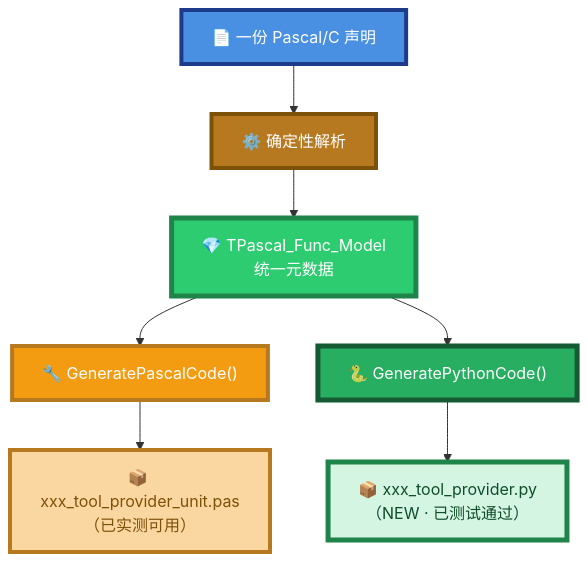
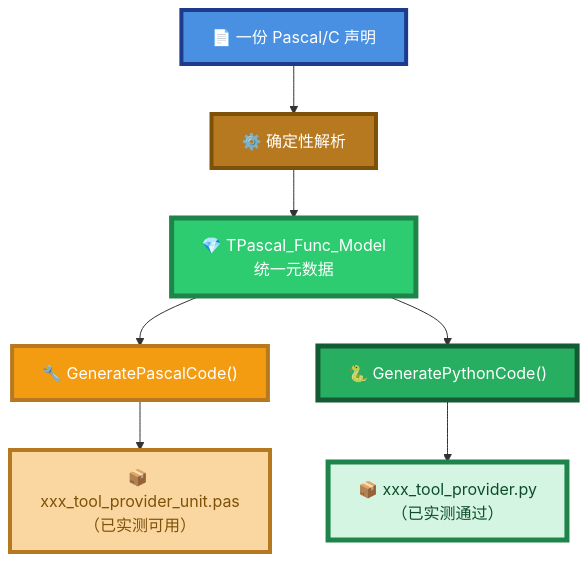
One commit to PassByYou888/LingoFuse-pasAgent-v3 changed the third of 46 diagrams in code_generate_mcp.md. Above: the diagram before and after it, drawn with Mermaid. The commit also changed other lines of this file, not shown here.

````diff
--- a/code_generate_mcp.md
+++ b/code_generate_mcp.md
@@ -77,19 +113,19 @@
 ```mermaid
 flowchart TB
     Decl["📄 一份 Pascal/C 声明"] --> Parse["⚙️ 确定性解析"]
     Parse --> Model["💎 TPascal_Func_Model<br/>统一元数据"]
 
     Model --> GenPas["🔧 GeneratePascalCode()"]
     Model --> GenPy["🐍 GeneratePythonCode()"]
 
     GenPas --> PasOut["📦 xxx_tool_provider_unit.pas<br/>（已实测可用）"]
-    GenPy --> PyOut["📦 xxx_tool_provider.py<br/>（NEW · 已测试通过）"]
+    GenPy --> PyOut["📦 xxx_tool_provider.py<br/>（已实测通过）"]
 
     style Decl fill:#4A90E2,stroke:#1E3A8A,stroke-width:4px,color:#FFFFFF
     style Parse fill:#B7791F,stroke:#7E5109,stroke-width:4px,color:#FFFFFF
     style Model fill:#2ECC71,stroke:#1E8449,stroke-width:5px,color:#FFFFFF
     style GenPas fill:#F39C12,stroke:#B7791F,stroke-width:4px,color:#FFFFFF
     style GenPy fill:#27AE60,stroke:#145A32,stroke-width:5px,color:#FFFFFF
     style PasOut fill:#FAD7A0,stroke:#B7791F,stroke-width:4px,color:#7E5109
     style PyOut fill:#D5F5E3,stroke:#1E8449,stroke-width:5px,color:#0E4D2A
 ```
````
